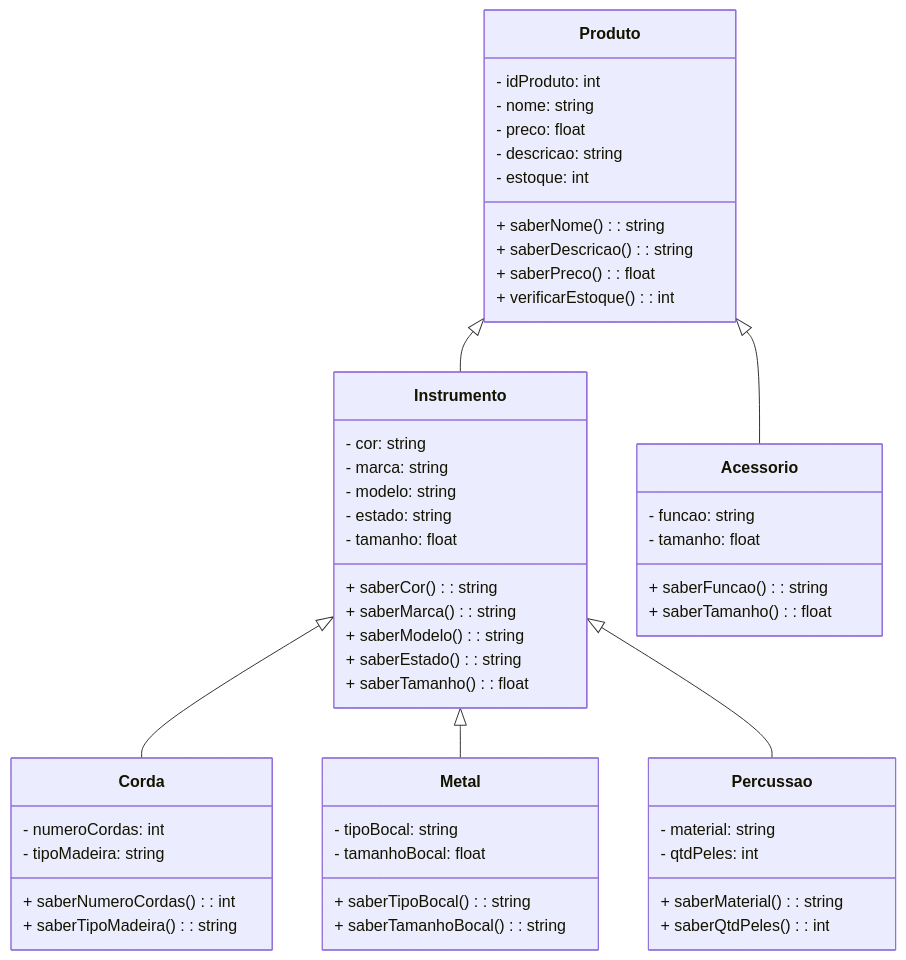
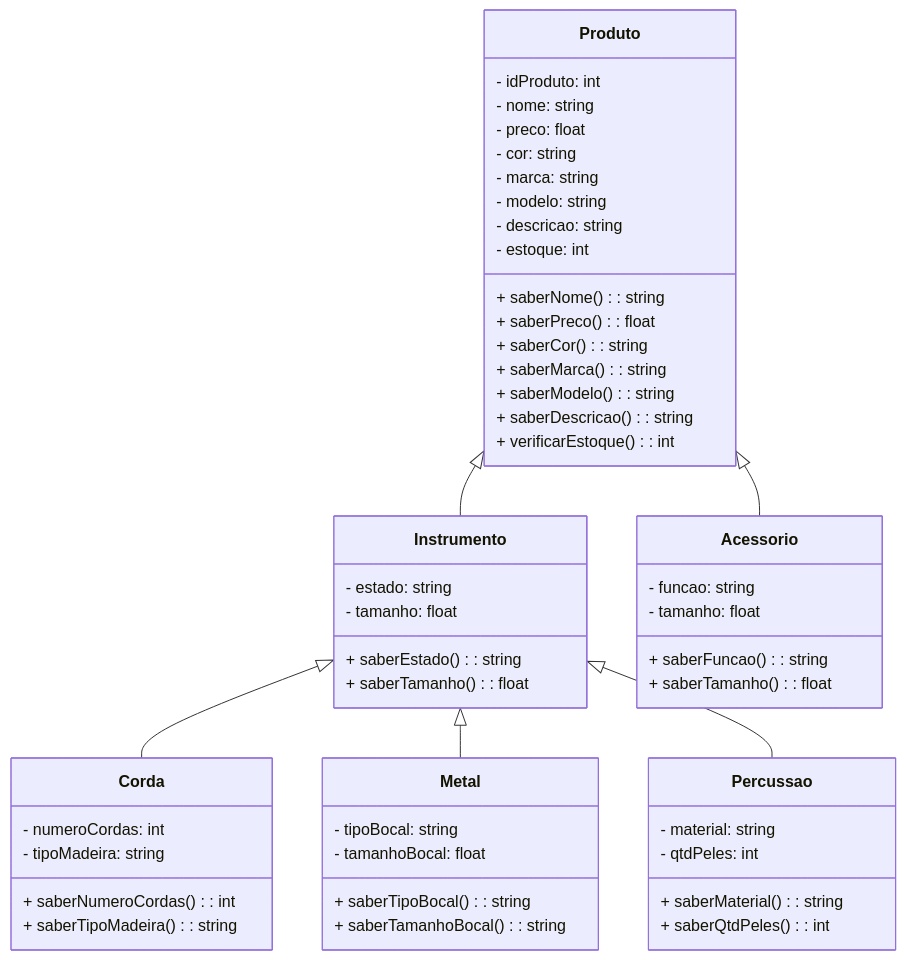
The diagram in Produto.md (MTECHDevelopment/poojavaceub-grupo-3), drawn with Mermaid before and after one commit. The commit also changed other lines of this file, not shown here.

First line of the commit message:
Alterando atributos e métodos relacionados de cor, marca e modelo para classe Produto

````diff
--- a/Produto.md
+++ b/Produto.md
@@ -1,56 +1,56 @@
 ```mermaid
 classDiagram
   class Produto {
     - idProduto: int
     - nome: string
     - preco: float
+    - cor: string
+    - marca: string
+    - modelo: string
     - descricao: string
     - estoque: int
     + saberNome(): string
+    + saberPreco(): float
+    + saberCor(): string
+    + saberMarca(): string
+    + saberModelo(): string
     + saberDescricao(): string
-    + saberPreco(): float
     + verificarEstoque(): int
 }
   class Instrumento {
-    - cor: string
-    - marca: string
-    - modelo: string
     - estado: string
     - tamanho: float
-    + saberCor(): string
-    + saberMarca(): string
-    + saberModelo(): string
     + saberEstado(): string
     + saberTamanho(): float
 }
   class Corda {
     - numeroCordas: int
     - tipoMadeira: string
     + saberNumeroCordas(): int
     + saberTipoMadeira(): string
 }
   class Metal {
     - tipoBocal: string
     - tamanhoBocal: float
     + saberTipoBocal(): string
     + saberTamanhoBocal(): string
 }
   class Percussao {
     - material: string
     - qtdPeles: int
     + saberMaterial(): string
     + saberQtdPeles(): int
 }
   class Acessorio {
     - funcao: string
     - tamanho: float
     + saberFuncao(): string
     + saberTamanho(): float
 }
 
 Produto <|-- Instrumento
 Produto <|-- Acessorio
 Instrumento <|-- Corda
 Instrumento <|-- Metal
 Instrumento <|-- Percussao
 ```
````
